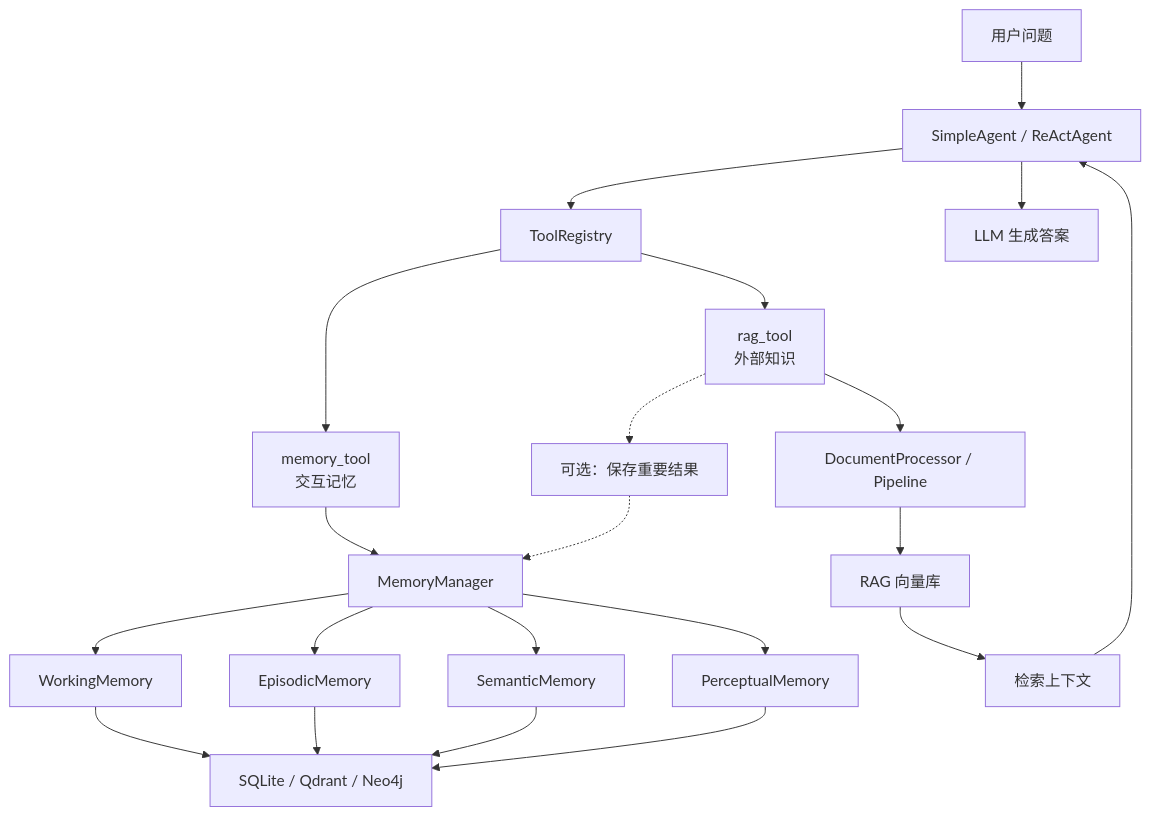
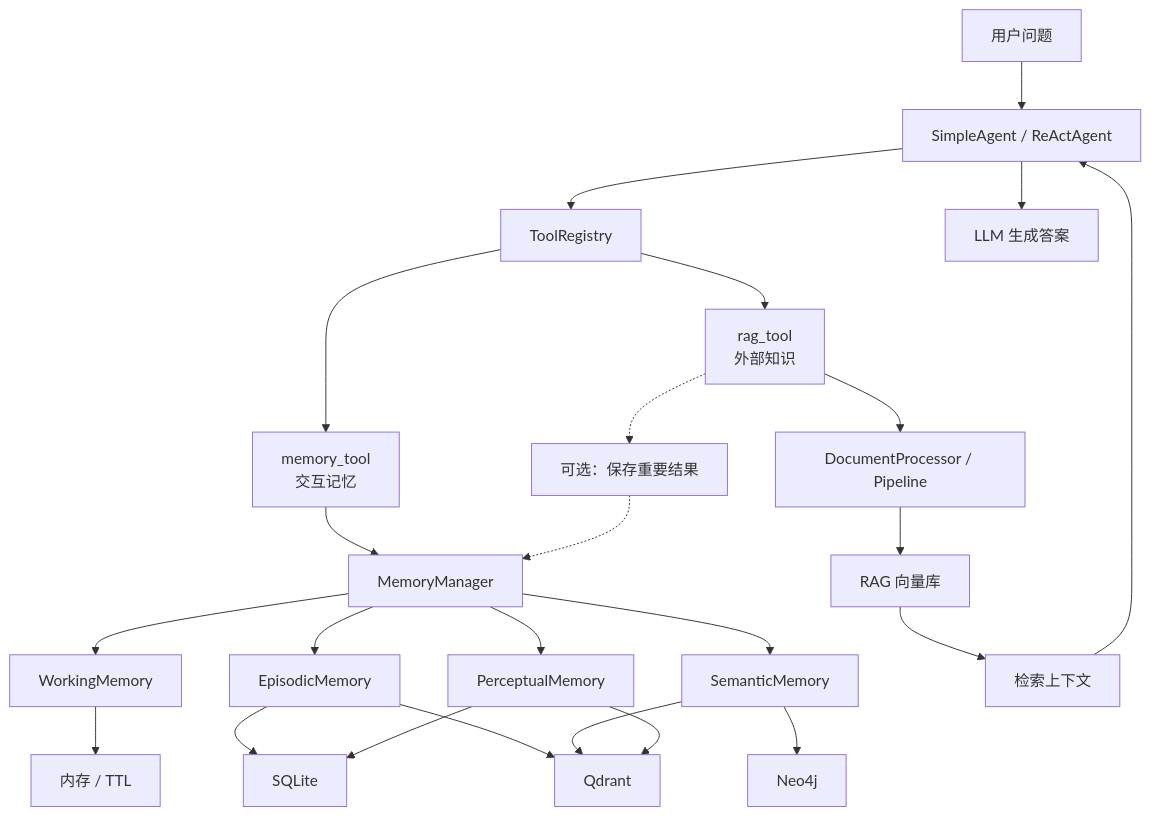
One commit to Garden12138/notes changed the second of 4 diagrams in ai/book_note/Hello-Agents/Memory and Retrieval.md. Above: the diagram before and after it, drawn with Mermaid. The commit also changed other lines of this file, not shown here.

````diff
--- a/ai/book_note/Hello-Agents/Memory and Retrieval.md
+++ b/ai/book_note/Hello-Agents/Memory and Retrieval.md
@@ -75,26 +77,29 @@
 ```mermaid
 flowchart TB
     U["用户问题"] --> A["SimpleAgent / ReActAgent"]
     A --> TR["ToolRegistry"]
     TR --> MT["memory_tool<br/>交互记忆"]
     TR --> RT["rag_tool<br/>外部知识"]
 
     MT --> MM["MemoryManager"]
     MM --> WM["WorkingMemory"]
     MM --> EM["EpisodicMemory"]
     MM --> SM["SemanticMemory"]
     MM --> PM["PerceptualMemory"]
 
-    WM --> STORE["SQLite / Qdrant / Neo4j"]
-    EM --> STORE
-    SM --> STORE
-    PM --> STORE
+    WM --> CACHE["内存 / TTL"]
+    EM --> SQL["SQLite"]
+    EM --> VECTOR["Qdrant"]
+    SM --> VECTOR
+    SM --> GRAPH["Neo4j"]
+    PM --> SQL
+    PM --> VECTOR
 
     RT --> DP["DocumentProcessor / Pipeline"]
     DP --> VS["RAG 向量库"]
     VS --> C["检索上下文"]
     C --> A
     RT -.-> SAVE["可选：保存重要结果"]
     SAVE -.-> MM
     A --> L["LLM 生成答案"]
 ```
````
